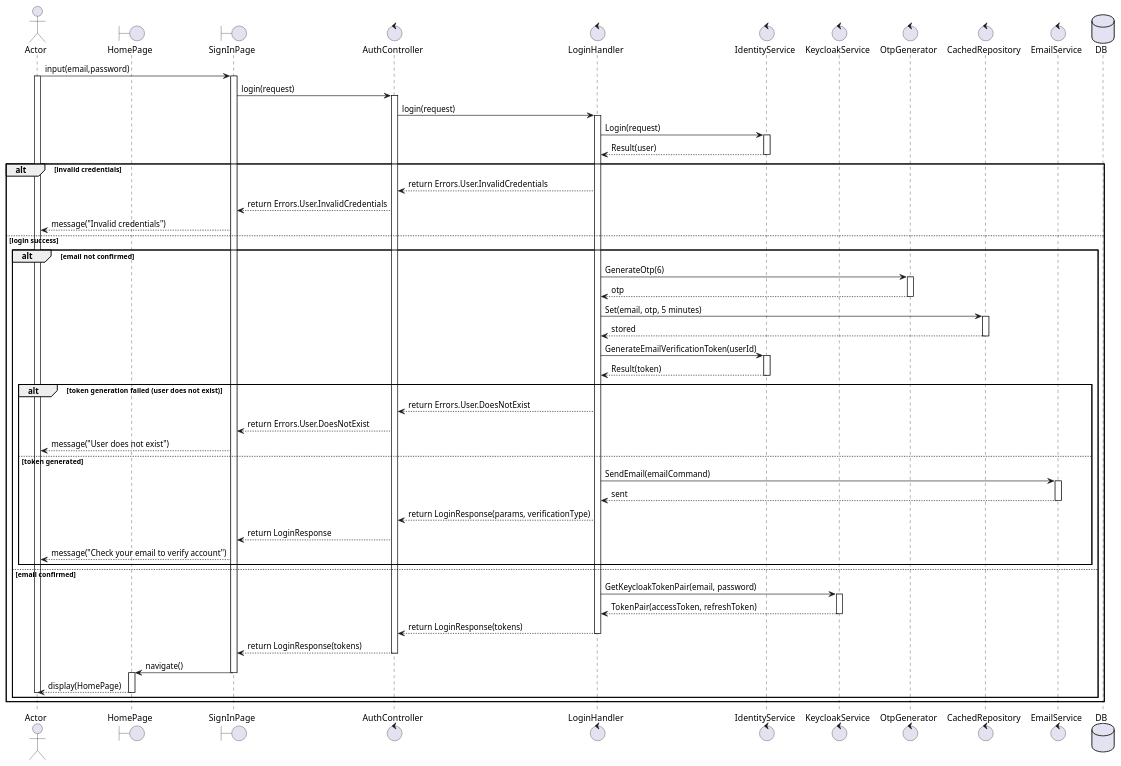
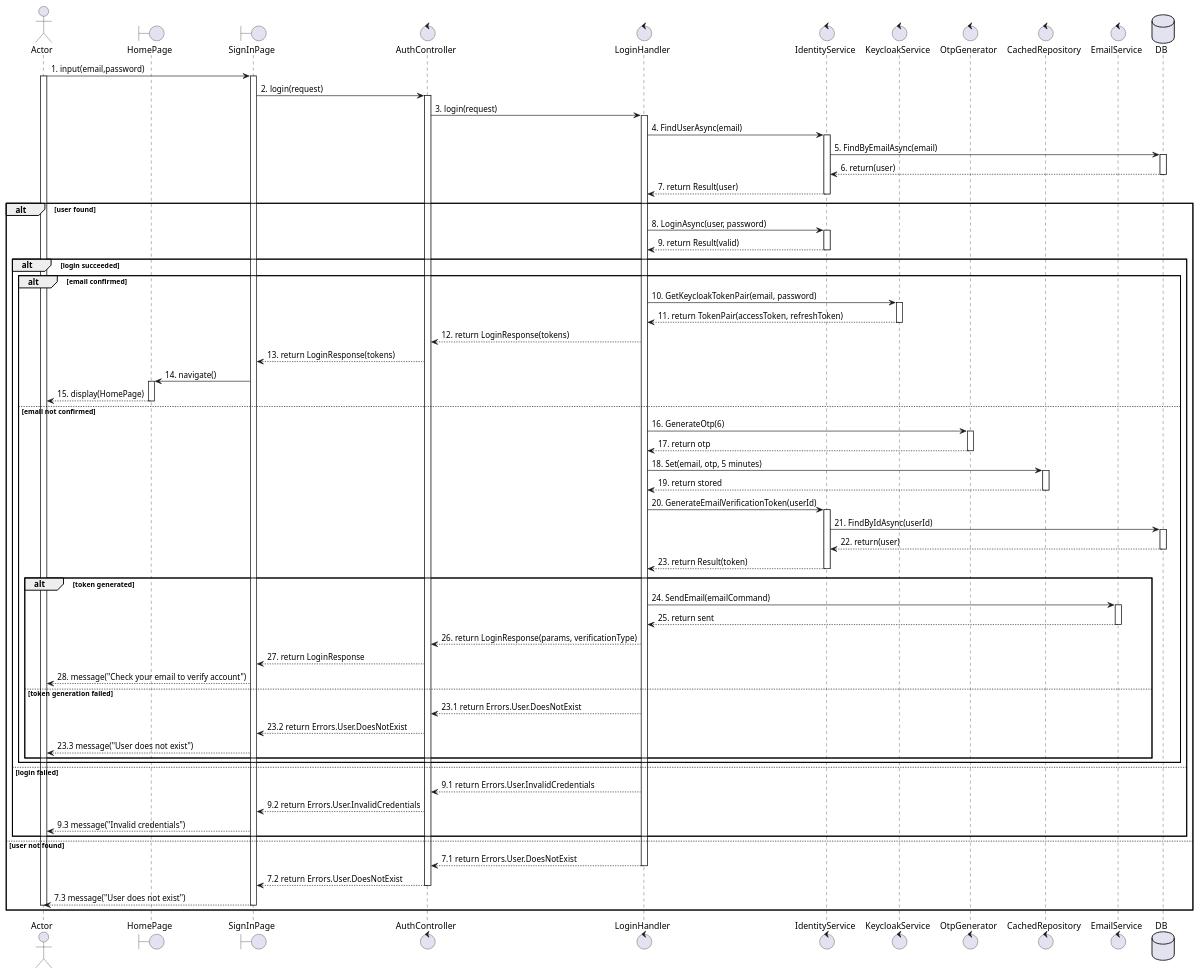
Before and after one commit to Young-Z-Generation-YZG/your-comfort-my-apple: the diagram in docs/usecases/UC2_login.plantuml, drawn with PlantUML. The commit also changed 7 other files, not shown here.

Commit message:
docs: refactor some old usecases and usecase diagram

```diff
--- a/docs/usecases/UC2_login.plantuml
+++ b/docs/usecases/UC2_login.plantuml
@@ -1,78 +1,98 @@
 @startuml UC2_login
 actor Actor
 boundary HomePage
 boundary SignInPage
 control AuthController
 control LoginHandler
 control IdentityService
 control KeycloakService
 control OtpGenerator
 control CachedRepository
 control EmailService
 database DB
 
-Actor -> SignInPage: input(email,password)
+Actor -> SignInPage: 1. input(email,password)
 activate Actor
 activate SignInPage
 
-SignInPage -> AuthController: login(request)
+SignInPage -> AuthController: 2. login(request)
 activate AuthController
 
-AuthController -> LoginHandler: login(request)
+AuthController -> LoginHandler: 3. login(request)
 activate LoginHandler
 
-LoginHandler -> IdentityService: Login(request)
+LoginHandler -> IdentityService: 4. FindUserAsync(email)
 activate IdentityService
-IdentityService --> LoginHandler: Result(user)
+IdentityService -> DB: 5. FindByEmailAsync(email)
+activate DB
+DB --> IdentityService: 6. return(user)
+deactivate DB
+IdentityService --> LoginHandler: 7. return Result(user)
 deactivate IdentityService
 
-alt invalid credentials
-    LoginHandler --> AuthController: return Errors.User.InvalidCredentials
-    AuthController --> SignInPage: return Errors.User.InvalidCredentials
-    SignInPage --> Actor: message("Invalid credentials")
-else login success
-    alt email not confirmed
-        LoginHandler -> OtpGenerator: GenerateOtp(6)
-        activate OtpGenerator
-        OtpGenerator --> LoginHandler: otp
-        deactivate OtpGenerator
-        LoginHandler -> CachedRepository: Set(email, otp, 5 minutes)
-        activate CachedRepository
-        CachedRepository --> LoginHandler: stored
-        deactivate CachedRepository
-        LoginHandler -> IdentityService: GenerateEmailVerificationToken(userId)
-        activate IdentityService
-        IdentityService --> LoginHandler: Result(token)
-        deactivate IdentityService
-        alt token generation failed (user does not exist)
-            LoginHandler --> AuthController: return Errors.User.DoesNotExist
-            AuthController --> SignInPage: return Errors.User.DoesNotExist
-            SignInPage --> Actor: message("User does not exist")
-        else token generated
-            LoginHandler -> EmailService: SendEmail(emailCommand)
-            activate EmailService
-            EmailService --> LoginHandler: sent
-            deactivate EmailService
-            LoginHandler --> AuthController: return LoginResponse(params, verificationType)
-            AuthController --> SignInPage: return LoginResponse
-            SignInPage --> Actor: message("Check your email to verify account")
+alt user found
+    LoginHandler -> IdentityService: 8. LoginAsync(user, password)
+    activate IdentityService
+    IdentityService --> LoginHandler: 9. return Result(valid)
+    deactivate IdentityService
+
+    alt login succeeded
+
+        alt email confirmed
+            LoginHandler -> KeycloakService: 10. GetKeycloakTokenPair(email, password)
+            activate KeycloakService
+            KeycloakService --> LoginHandler: 11. return TokenPair(accessToken, refreshToken)
+            deactivate KeycloakService
+            LoginHandler --> AuthController: 12. return LoginResponse(tokens)
+            AuthController --> SignInPage: 13. return LoginResponse(tokens)
+            SignInPage -> HomePage: 14. navigate()
+            activate HomePage
+            HomePage --> Actor: 15. display(HomePage)
+            deactivate HomePage
+        else email not confirmed
+            LoginHandler -> OtpGenerator: 16. GenerateOtp(6)
+            activate OtpGenerator
+            OtpGenerator --> LoginHandler: 17. return otp
+            deactivate OtpGenerator
+            LoginHandler -> CachedRepository: 18. Set(email, otp, 5 minutes)
+            activate CachedRepository
+            CachedRepository --> LoginHandler: 19. return stored
+            deactivate CachedRepository
+            LoginHandler -> IdentityService: 20. GenerateEmailVerificationToken(userId)
+            activate IdentityService
+            IdentityService -> DB: 21. FindByIdAsync(userId)
+            activate DB
+            DB --> IdentityService: 22. return(user)
+            deactivate DB
+            IdentityService --> LoginHandler: 23. return Result(token)
+            deactivate IdentityService
+
+            alt token generated
+                LoginHandler -> EmailService: 24. SendEmail(emailCommand)
+                activate EmailService
+                EmailService --> LoginHandler: 25. return sent
+                deactivate EmailService
+                LoginHandler --> AuthController: 26. return LoginResponse(params, verificationType)
+                AuthController --> SignInPage: 27. return LoginResponse
+                SignInPage --> Actor: 28. message("Check your email to verify account")
+            else token generation failed
+                LoginHandler --> AuthController: 23.1 return Errors.User.DoesNotExist
+                AuthController --> SignInPage: 23.2 return Errors.User.DoesNotExist
+                SignInPage --> Actor: 23.3 message("User does not exist")
+            end
         end
-    else email confirmed
-        LoginHandler -> KeycloakService: GetKeycloakTokenPair(email, password)
-        activate KeycloakService
-        KeycloakService --> LoginHandler: TokenPair(accessToken, refreshToken)
-        deactivate KeycloakService
-
-        LoginHandler --> AuthController: return LoginResponse(tokens)
-        deactivate LoginHandler
-        AuthController --> SignInPage: return LoginResponse(tokens)
-        deactivate AuthController
-        SignInPage -> HomePage: navigate()
-        deactivate SignInPage
-        activate HomePage
-        HomePage --> Actor: display(HomePage)
-        deactivate HomePage
-        deactivate Actor
+    else login failed
+        LoginHandler --> AuthController: 9.1 return Errors.User.InvalidCredentials
+        AuthController --> SignInPage: 9.2 return Errors.User.InvalidCredentials
+        SignInPage --> Actor: 9.3 message("Invalid credentials")
     end
+else user not found
+    LoginHandler --> AuthController: 7.1 return Errors.User.DoesNotExist
+    deactivate LoginHandler
+    AuthController --> SignInPage: 7.2 return Errors.User.DoesNotExist
+    deactivate AuthController
+    SignInPage --> Actor: 7.3 message("User does not exist")
+    deactivate SignInPage
+    deactivate Actor
 end
 @enduml
```
